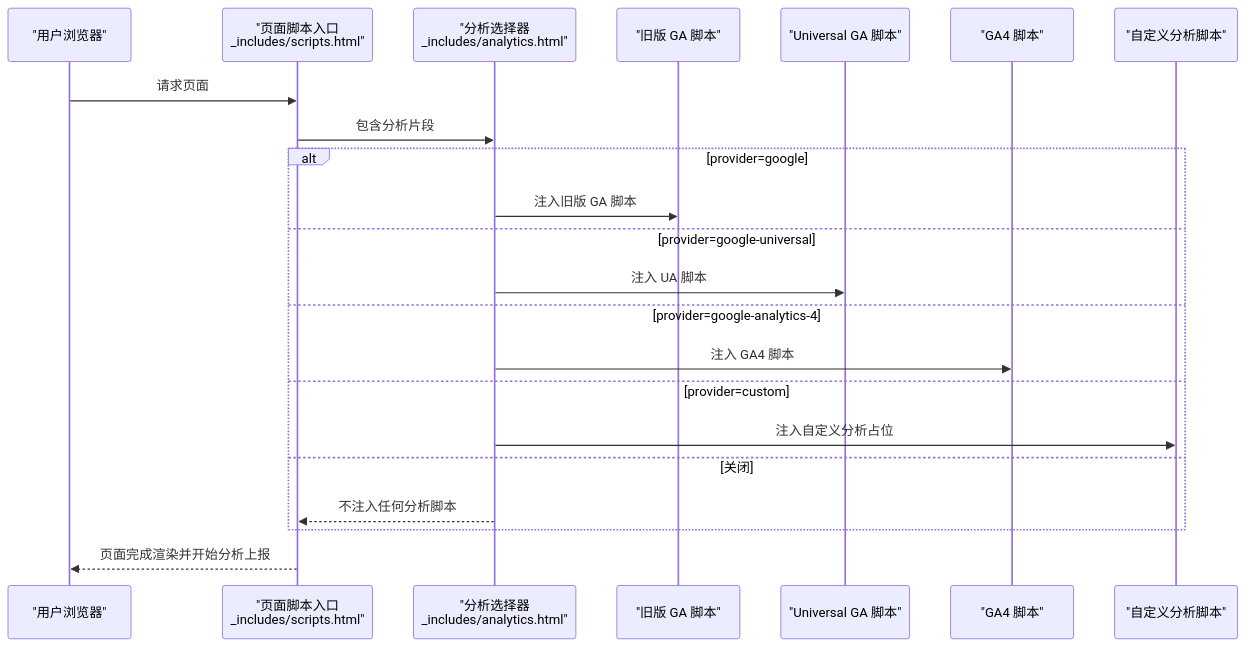
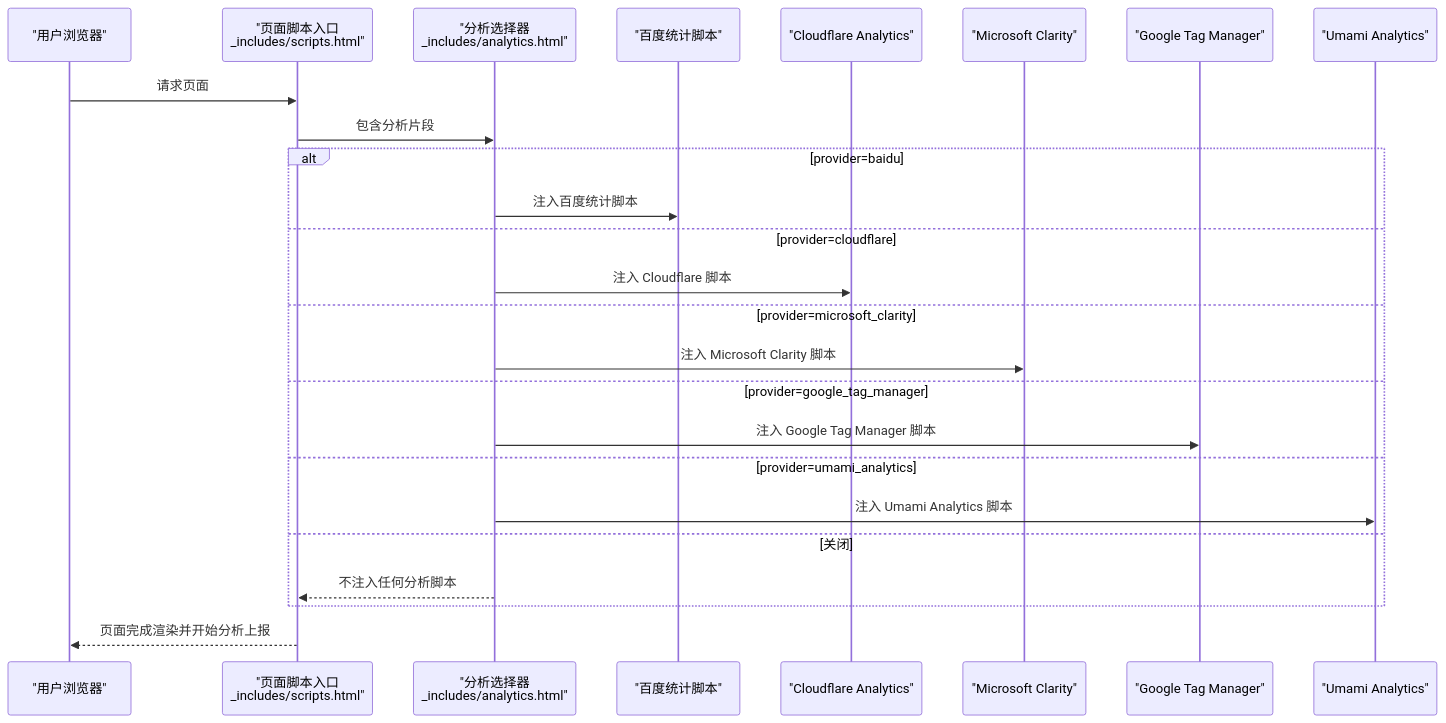
One commit to CoolPig0720/CoolPig0720.github.io changed the second of 3 diagrams in .qoder/repowiki/zh/content/社交和集成功能/分析工具配置.md. Above: the diagram before and after it, drawn with Mermaid. The commit also changed other lines of this file and 36 other files, not shown here.

````diff
--- a/.qoder/repowiki/zh/content/社交和集成功能/分析工具配置.md
+++ b/.qoder/repowiki/zh/content/社交和集成功能/分析工具配置.md
@@ -88,24 +90,27 @@
 ```mermaid
 sequenceDiagram
 participant U as "用户浏览器"
 participant S as "页面脚本入口<br/>_includes/scripts.html"
 participant A as "分析选择器<br/>_includes/analytics.html"
-participant P1 as "旧版 GA 脚本"
-participant P2 as "Universal GA 脚本"
-participant P3 as "GA4 脚本"
-participant PC as "自定义分析脚本"
+participant B as "百度统计脚本"
+participant C as "Cloudflare Analytics"
+participant M as "Microsoft Clarity"
+participant G as "Google Tag Manager"
+participant UMA as "Umami Analytics"
 U->>S : 请求页面
 S->>A : 包含分析片段
-alt provider=google
-A->>P1 : 注入旧版 GA 脚本
-else provider=google-universal
-A->>P2 : 注入 UA 脚本
-else provider=google-analytics-4
-A->>P3 : 注入 GA4 脚本
-else provider=custom
-A->>PC : 注入自定义分析占位
+alt provider=baidu
+A->>B : 注入百度统计脚本
+else provider=cloudflare
+A->>C : 注入 Cloudflare 脚本
+else provider=microsoft_clarity
+A->>M : 注入 Microsoft Clarity 脚本
+else provider=google_tag_manager
+A->>G : 注入 Google Tag Manager 脚本
+else provider=umami_analytics
+A->>UMA : 注入 Umami Analytics 脚本
 else 关闭
 A-->>S : 不注入任何分析脚本
 end
 S-->>U : 页面完成渲染并开始分析上报
 ```
````
